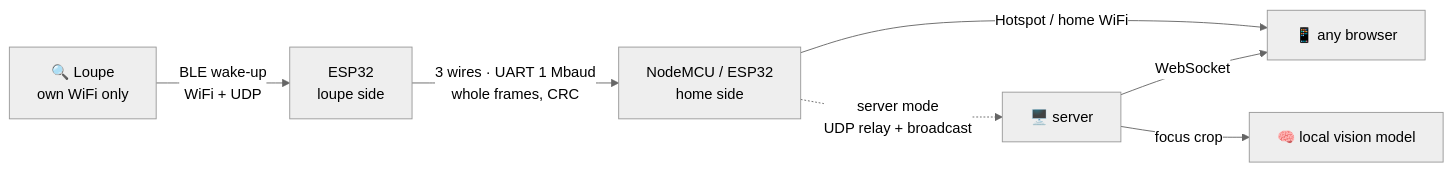
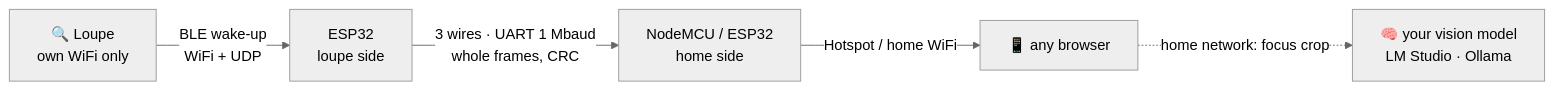
One commit to ElektroGandhi/PlatinenLupe changed the diagram in README.md. Above: the diagram before and after it, drawn with Mermaid (neutral theme). The commit also changed other lines of this file and 28 other files, not shown here.

````diff
--- a/README.md
+++ b/README.md
@@ -107,9 +107,7 @@
 ```mermaid
 flowchart LR
   L["🔍 Loupe<br/>own WiFi only"] -- "BLE wake-up<br/>WiFi + UDP" --> A["ESP32<br/>loupe side"]
   A -- "3 wires · UART 1 Mbaud<br/>whole frames, CRC" --> B["NodeMCU / ESP32<br/>home side"]
   B -- "Hotspot / home WiFi" --> P["📱 any browser"]
-  B -. "server mode<br/>UDP relay + broadcast" .-> S["🖥️ server"]
-  S -- "WebSocket" --> P
-  S -- "focus crop" --> M["🧠 local vision model"]
+  P -. "home network: focus crop" .-> M["🧠 your vision model<br/>LM Studio · Ollama"]
 ```
````
